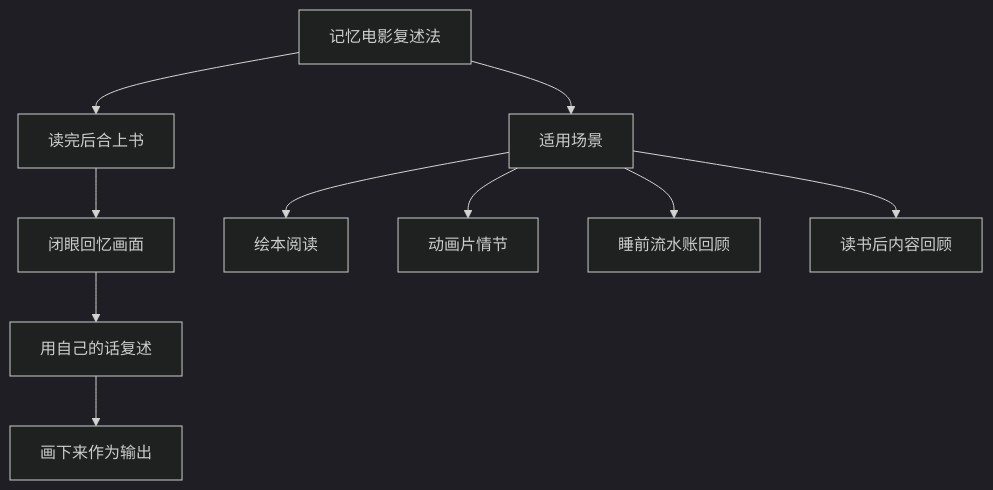
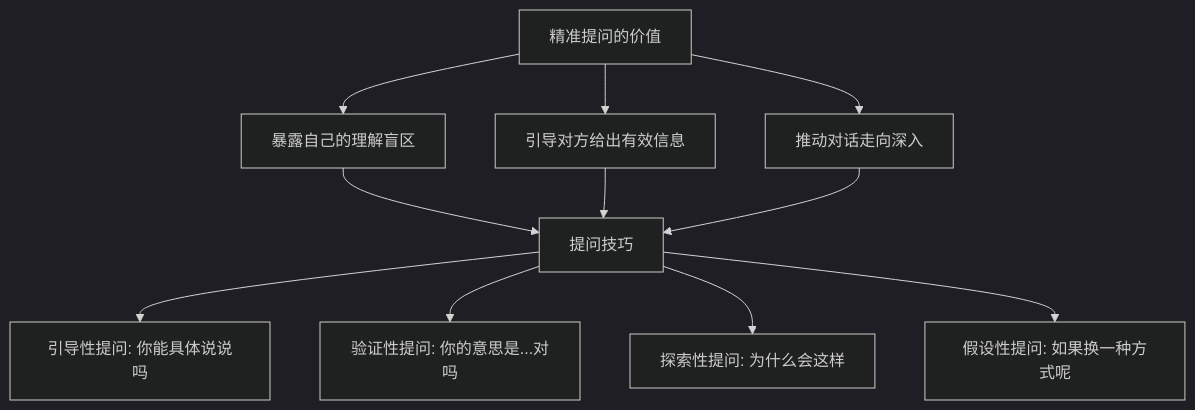
One commit to chongyang211/YCBookBlog changed the fifth of 12 diagrams in 10.自我进阶提升书/06.语言沟通的演进/6.3理解能力的锻炼.md. Above: the diagram before and after it, drawn with Mermaid (dark theme). The commit also changed other lines of this file, not shown here.

````diff
--- a/10.自我进阶提升书/06.语言沟通的演进/6.3理解能力的锻炼.md
+++ b/10.自我进阶提升书/06.语言沟通的演进/6.3理解能力的锻炼.md
@@ -114,12 +154,13 @@
 ```mermaid
 graph TD
-    A[记忆电影复述法] --> B[读完后合上书]
-    B --> C[闭眼回忆画面]
-    C --> D[用自己的话复述]
-    D --> E[画下来作为输出]
-    A --> F[适用场景]
-    F --> F1[绘本阅读]
-    F --> F2[动画片情节]
-    F --> F3[睡前流水账回顾]
-    F --> F4[读书后内容回顾]
+    A[精准提问的价值] --> B[暴露自己的理解盲区]
+    A --> C[引导对方给出有效信息]
+    A --> D[推动对话走向深入]
+    B --> E[提问技巧]
+    C --> E
+    D --> E
+    E --> E1[引导性提问: 你能具体说说吗]
+    E --> E2[验证性提问: 你的意思是...对吗]
+    E --> E3[探索性提问: 为什么会这样]
+    E --> E4[假设性提问: 如果换一种方式呢]
 ```
````
